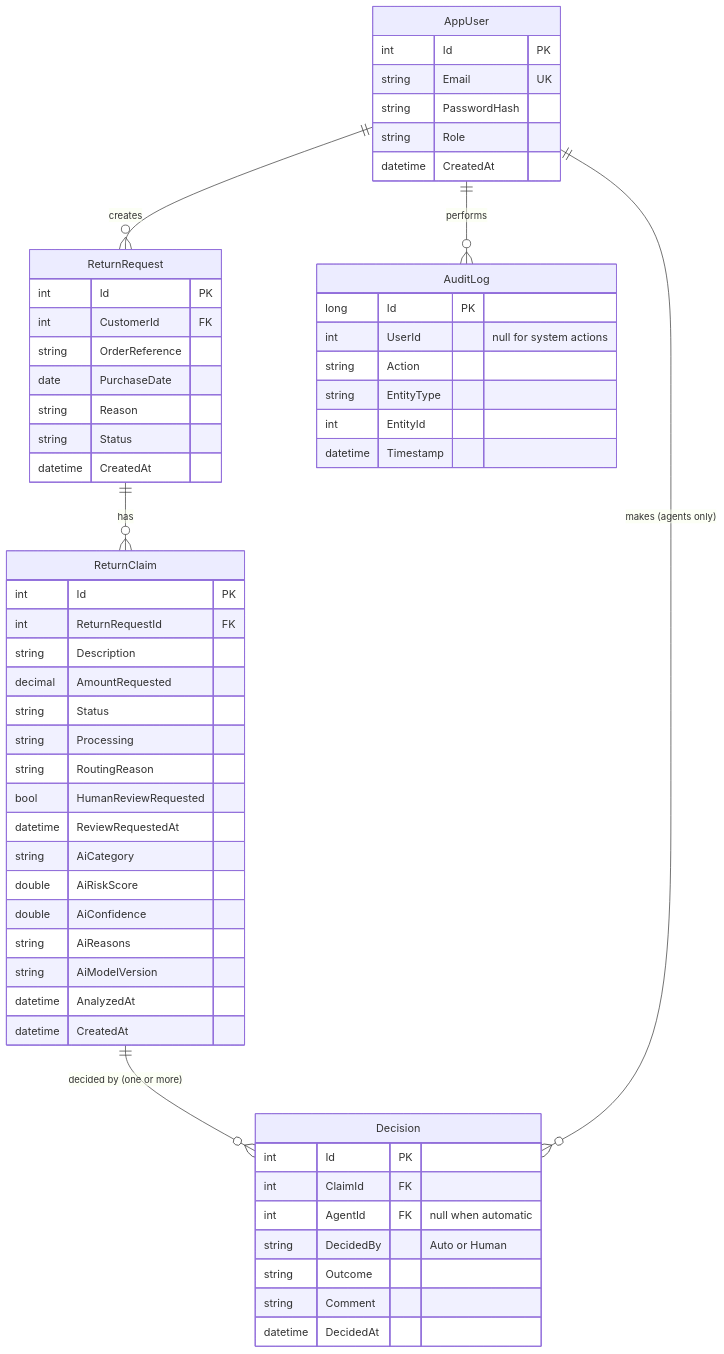
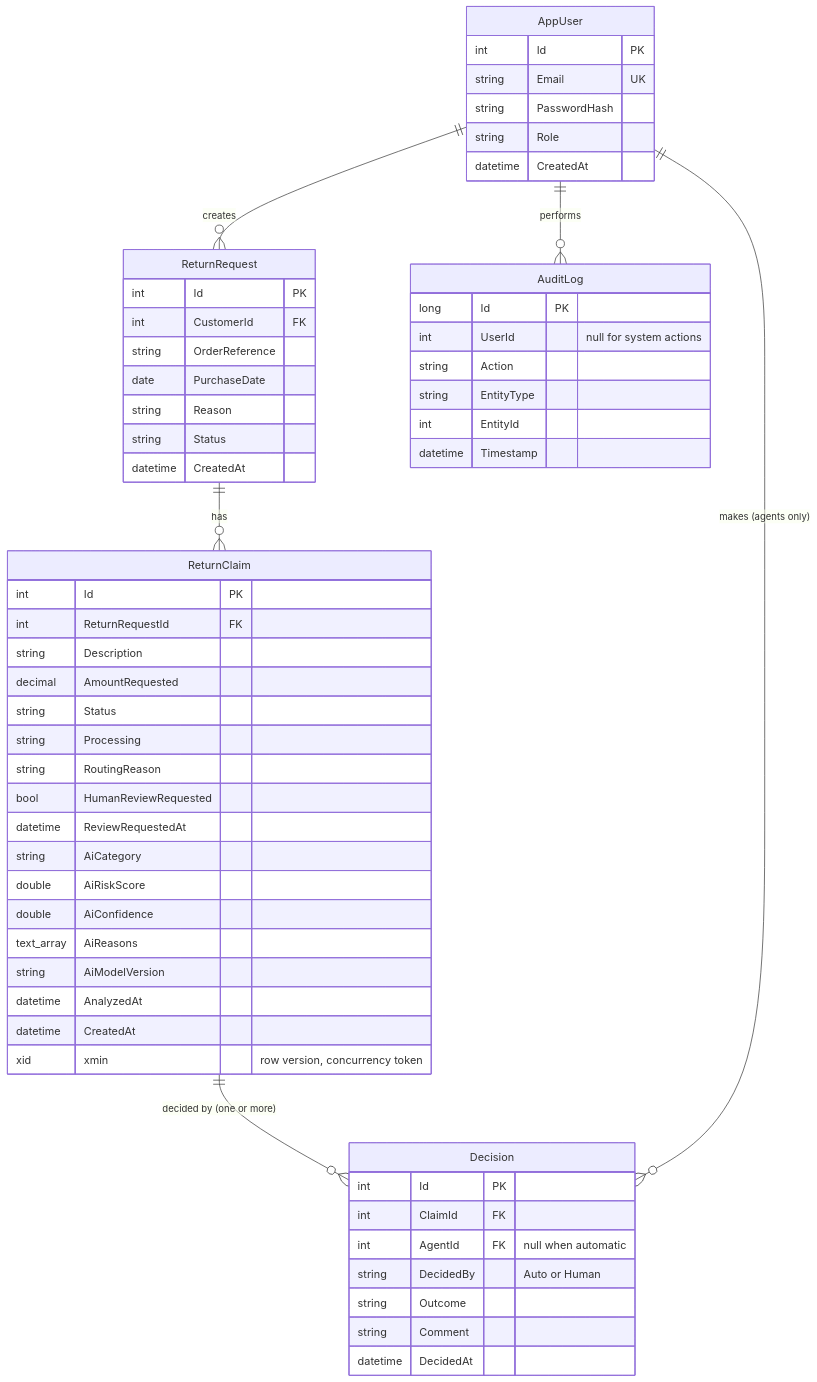
One commit to ahmed-amine-jerbi/ReturnFlow changed the diagram in returnflow-api/docs/ER.md. Above: the diagram before and after it, drawn with Mermaid. The commit also changed 6 other files, not shown here.

````diff
--- a/returnflow-api/docs/ER.md
+++ b/returnflow-api/docs/ER.md
@@ -3,60 +3,61 @@
 ```mermaid
 erDiagram
     AppUser ||--o{ ReturnRequest : "creates"
     ReturnRequest ||--o{ ReturnClaim : "has"
     ReturnClaim ||--o{ Decision : "decided by (one or more)"
     AppUser ||--o{ Decision : "makes (agents only)"
     AppUser ||--o{ AuditLog : "performs"
 
     AppUser {
         int Id PK
         string Email UK
         string PasswordHash
         string Role
         datetime CreatedAt
     }
     ReturnRequest {
         int Id PK
         int CustomerId FK
         string OrderReference
         date PurchaseDate
         string Reason
         string Status
         datetime CreatedAt
     }
     ReturnClaim {
         int Id PK
         int ReturnRequestId FK
         string Description
         decimal AmountRequested
         string Status
         string Processing
         string RoutingReason
         bool HumanReviewRequested
         datetime ReviewRequestedAt
         string AiCategory
         double AiRiskScore
         double AiConfidence
-        string AiReasons
+        text_array AiReasons
         string AiModelVersion
         datetime AnalyzedAt
         datetime CreatedAt
+        xid xmin "row version, concurrency token"
     }
     Decision {
         int Id PK
         int ClaimId FK
         int AgentId FK "null when automatic"
         string DecidedBy "Auto or Human"
         string Outcome
         string Comment
         datetime DecidedAt
     }
     AuditLog {
         long Id PK
         int UserId "null for system actions"
         string Action
         string EntityType
         int EntityId
         datetime Timestamp
     }
 ```
````
